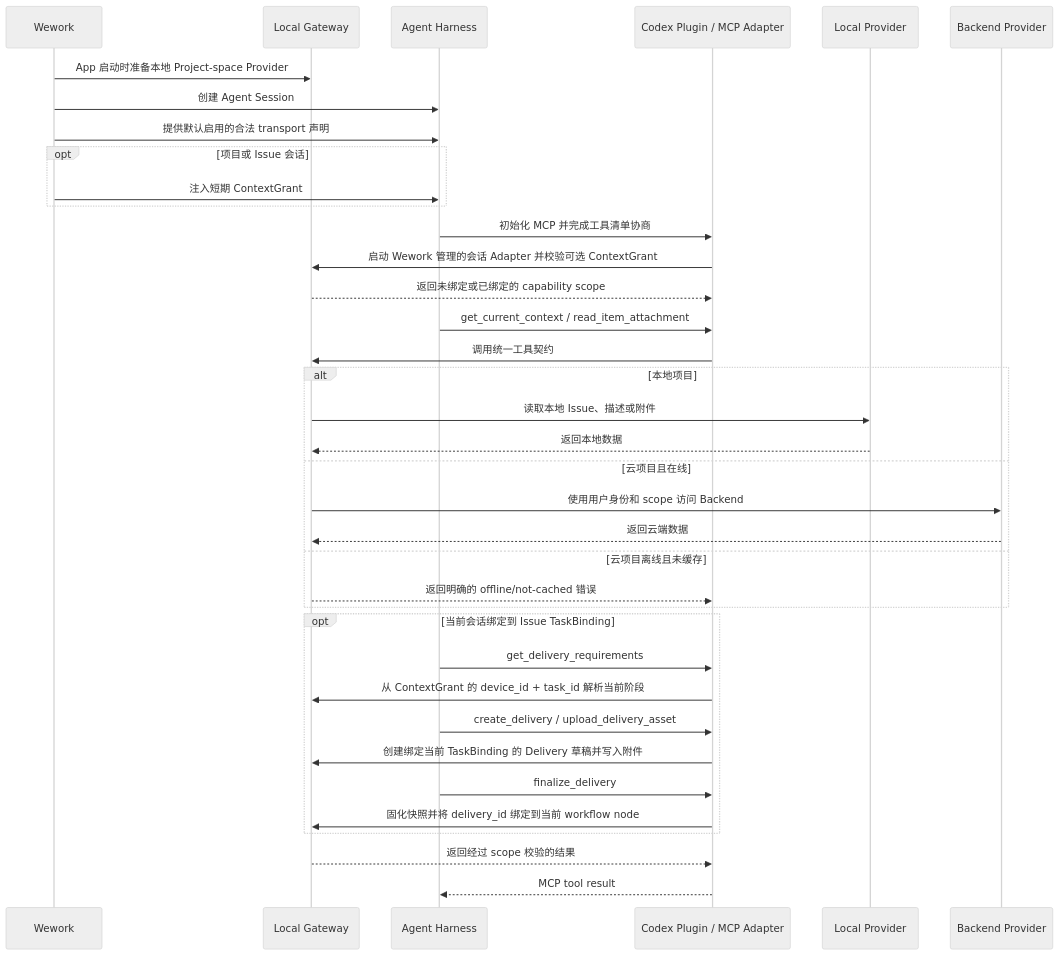
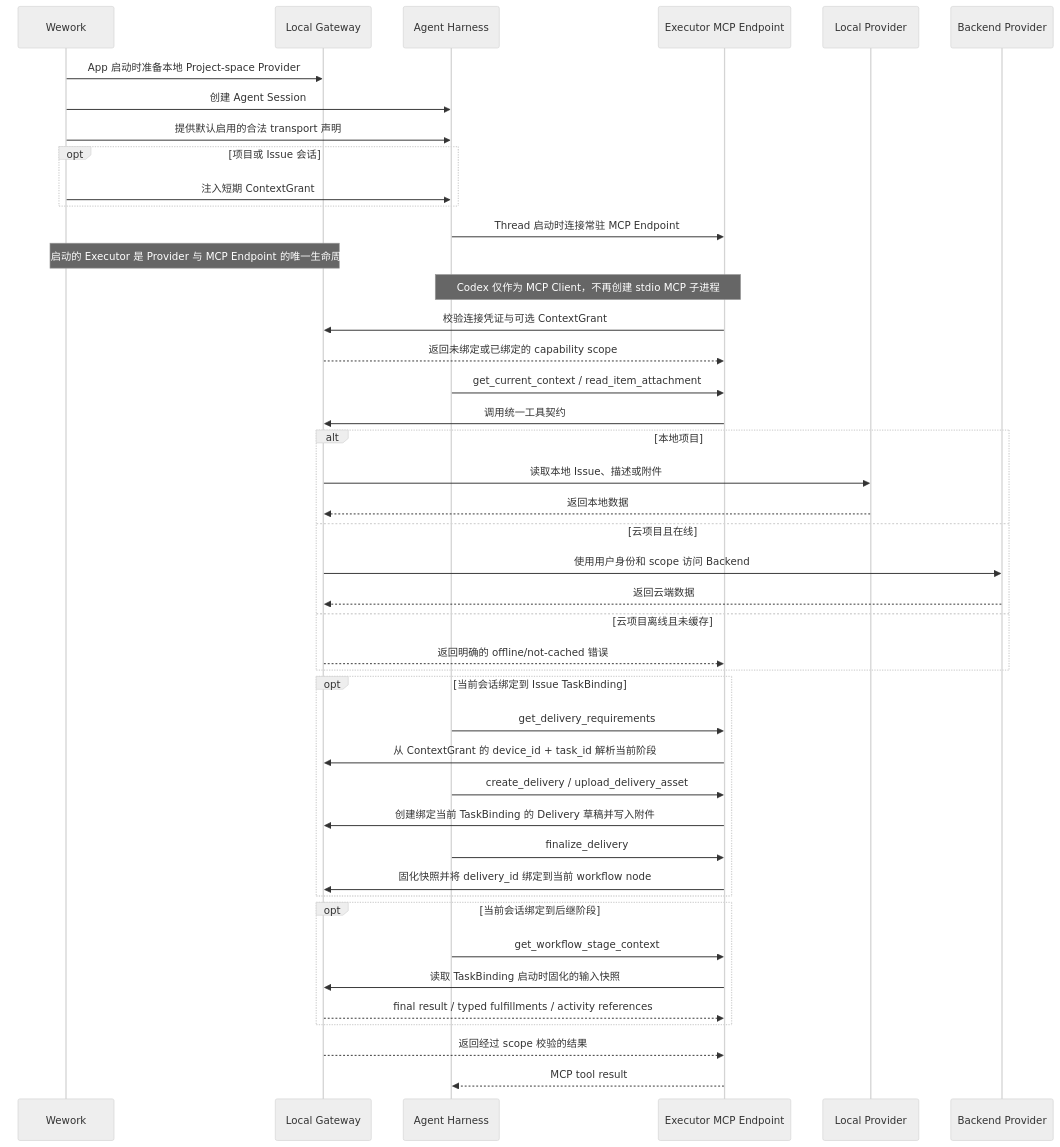
The second of 2 diagrams in docs/zh/architecture/project-space-agent-capability.md (wecode-ai/Wegent), drawn with Mermaid (neutral theme) before and after one commit. The commit also changed other lines of this file and 89 other files, not shown here.

````diff
--- a/docs/zh/architecture/project-space-agent-capability.md
+++ b/docs/zh/architecture/project-space-agent-capability.md
@@ -32,40 +29,47 @@
 ```mermaid
 sequenceDiagram
     participant W as Wework
     participant G as Local Gateway
     participant H as Agent Harness
-    participant P as Codex Plugin / MCP Adapter
+    participant P as Executor MCP Endpoint
     participant L as Local Provider
     participant B as Backend Provider
 
     W->>G: App 启动时准备本地 Project-space Provider
     W->>H: 创建 Agent Session
     W->>H: 提供默认启用的合法 transport 声明
     opt 项目或 Issue 会话
         W->>H: 注入短期 ContextGrant
     end
-    H->>P: 初始化 MCP 并完成工具清单协商
-    P->>G: 启动 Wework 管理的会话 Adapter 并校验可选 ContextGrant
+    H->>P: Thread 启动时连接常驻 MCP Endpoint
+    Note over W,G: Wework 启动的 Executor 是 Provider 与 MCP Endpoint 的唯一生命周期所有者
+    Note over H,P: Codex 仅作为 MCP Client，不再创建 stdio MCP 子进程
+    P->>G: 校验连接凭证与可选 ContextGrant
     G-->>P: 返回未绑定或已绑定的 capability scope
     H->>P: get_current_context / read_item_attachment
     P->>G: 调用统一工具契约
     alt 本地项目
         G->>L: 读取本地 Issue、描述或附件
         L-->>G: 返回本地数据
     else 云项目且在线
         G->>B: 使用用户身份和 scope 访问 Backend
         B-->>G: 返回云端数据
     else 云项目离线且未缓存
         G-->>P: 返回明确的 offline/not-cached 错误
     end
     opt 当前会话绑定到 Issue TaskBinding
         H->>P: get_delivery_requirements
         P->>G: 从 ContextGrant 的 device_id + task_id 解析当前阶段
         H->>P: create_delivery / upload_delivery_asset
         P->>G: 创建绑定当前 TaskBinding 的 Delivery 草稿并写入附件
         H->>P: finalize_delivery
         P->>G: 固化快照并将 delivery_id 绑定到当前 workflow node
     end
+    opt 当前会话绑定到后继阶段
+        H->>P: get_workflow_stage_context
+        P->>G: 读取 TaskBinding 启动时固化的输入快照
+        G-->>P: final result / typed fulfillments / activity references
+    end
     G-->>P: 返回经过 scope 校验的结果
     P-->>H: MCP tool result
 ```
````
